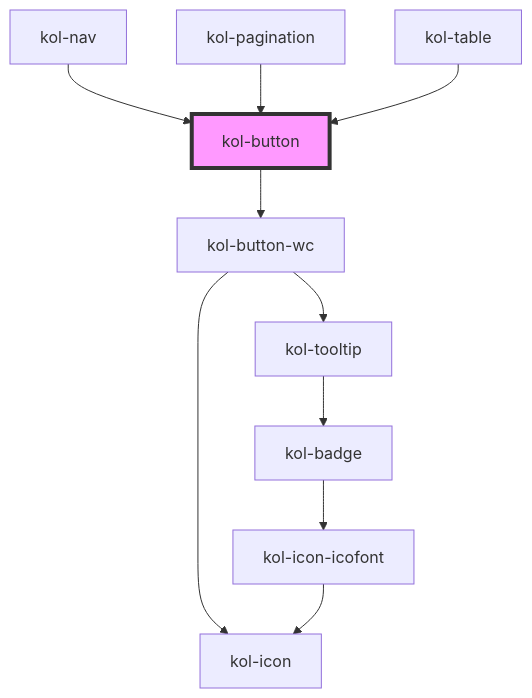
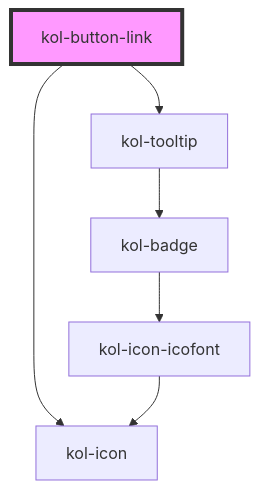
The diagram in packages/library/src/components/button/readme.md (public-ui/kolibri), drawn with Mermaid before and after one commit. The commit also changed other lines of this file and 18 other files, not shown here.

Commit message:
feat: add button-link and link-button

````diff
--- a/packages/library/src/components/button/readme.md
+++ b/packages/library/src/components/button/readme.md
@@ -182,13 +164,9 @@
 ```mermaid
 graph TD;
-  kol-button --> kol-button-wc
-  kol-button-wc --> kol-icon
-  kol-button-wc --> kol-tooltip
+  kol-button-link --> kol-icon
+  kol-button-link --> kol-tooltip
   kol-tooltip --> kol-badge
   kol-badge --> kol-icon-icofont
   kol-icon-icofont --> kol-icon
-  kol-nav --> kol-button
-  kol-pagination --> kol-button
-  kol-table --> kol-button
-  style kol-button fill:#f9f,stroke:#333,stroke-width:4px
+  style kol-button-link fill:#f9f,stroke:#333,stroke-width:4px
 ```
````
